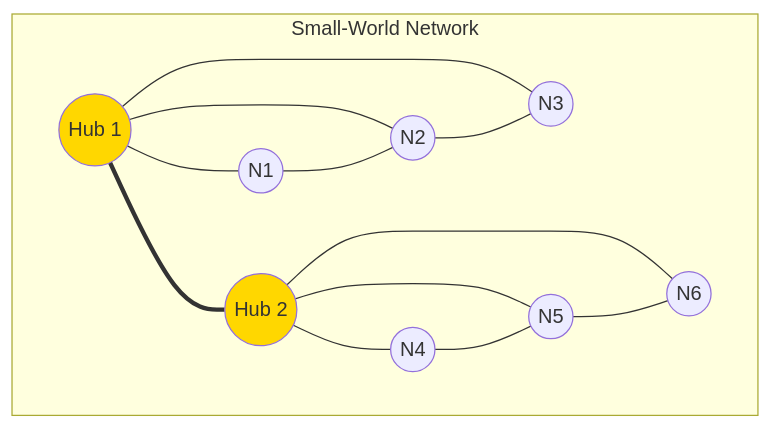
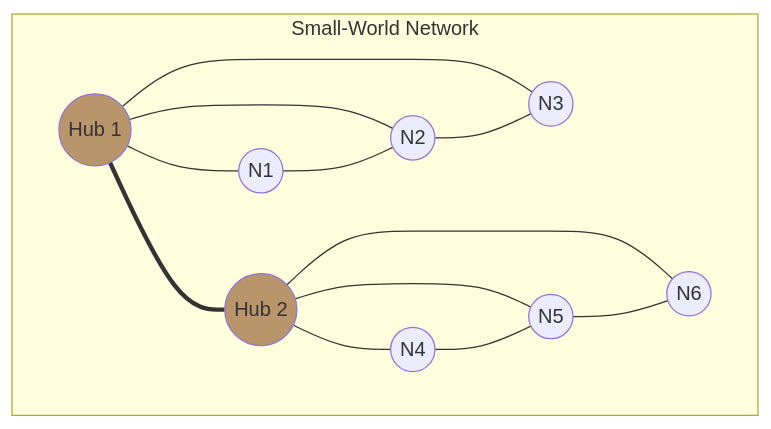
One commit to ScopeCreep-zip/Symbiont changed the sixth of 16 diagrams in docs/architecture/network.md. Above: the diagram before and after it, drawn with Mermaid. The commit also changed other lines of this file and 17 other files, not shown here.

Commit message:
update to diagram colors

````diff
--- a/docs/architecture/network.md
+++ b/docs/architecture/network.md
@@ -189,30 +189,30 @@
 ```mermaid
 graph TB
     subgraph "Small-World Network"
         H1((Hub 1))
         H2((Hub 2))
 
         N1((N1))
         N2((N2))
         N3((N3))
         N4((N4))
         N5((N5))
         N6((N6))
 
         H1 --- N1
         H1 --- N2
         H1 --- N3
         H1 === H2
         H2 --- N4
         H2 --- N5
         H2 --- N6
 
         N1 --- N2
         N2 --- N3
         N4 --- N5
         N5 --- N6
     end
 
-    style H1 fill:#FFD700
-    style H2 fill:#FFD700
+    style H1 fill:#b8956b
+    style H2 fill:#b8956b
 ```
````
